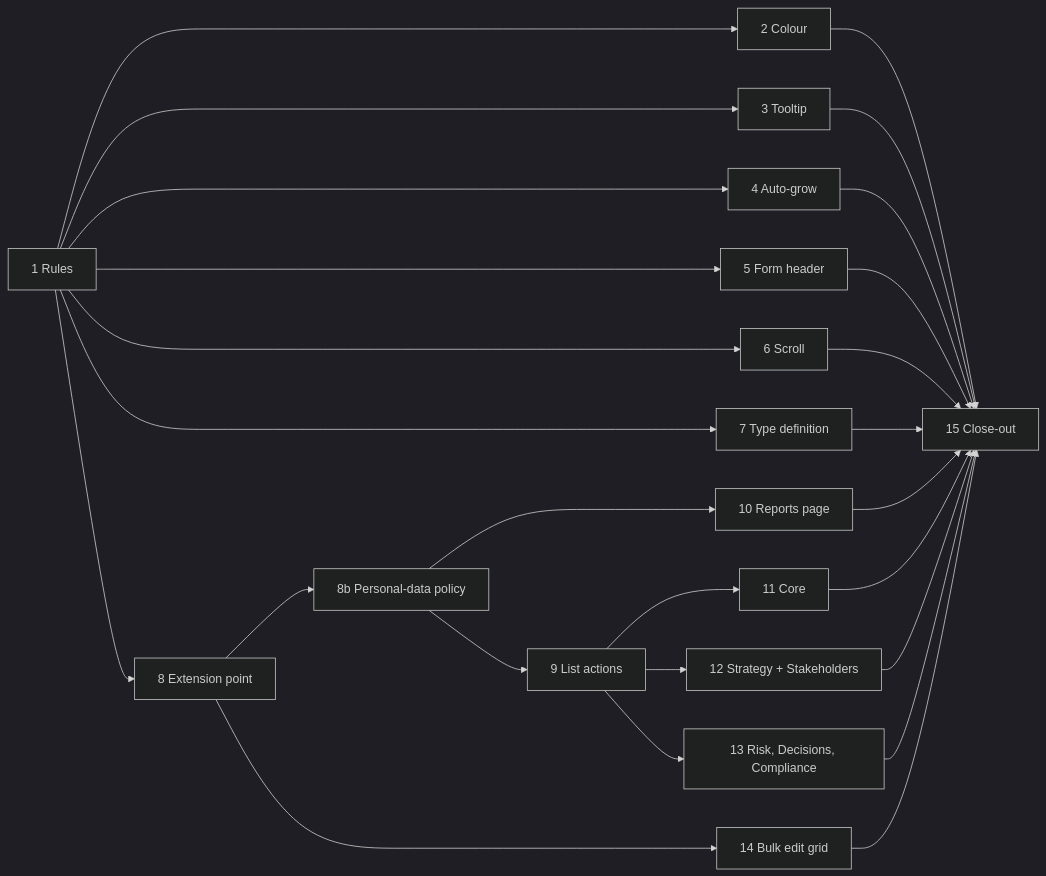
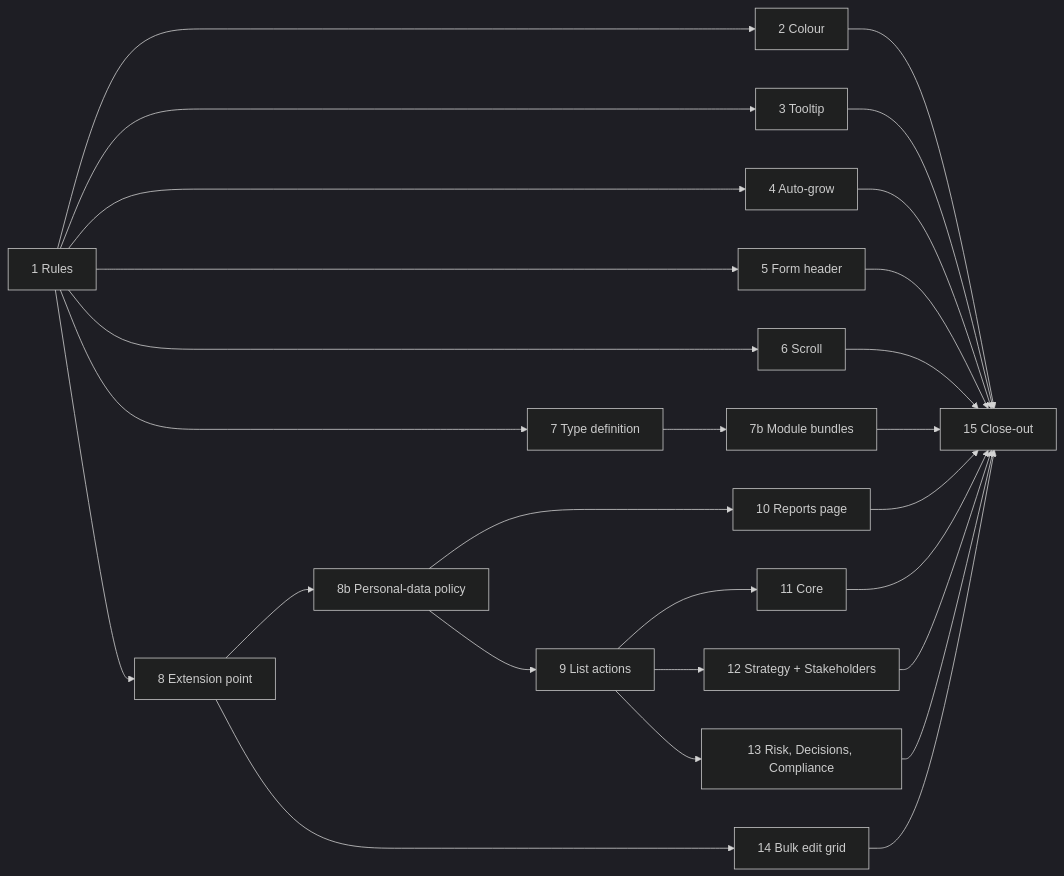
One commit to ballardr/reqtrackmanager changed the first of 2 diagrams in docs/plans/list-data-and-form-ux-2026-10-plan.md. Above: the diagram before and after it, drawn with Mermaid (dark theme). The commit also changed other lines of this file and 27 other files, not shown here.

````diff
--- a/docs/plans/list-data-and-form-ux-2026-10-plan.md
+++ b/docs/plans/list-data-and-form-ux-2026-10-plan.md
@@ -30,28 +31,29 @@
 ```mermaid
 flowchart LR
     P1["1 Rules"] --> P2["2 Colour"]
     P1 --> P3["3 Tooltip"]
     P1 --> P4["4 Auto-grow"]
     P1 --> P5["5 Form header"]
     P1 --> P6["6 Scroll"]
     P1 --> P7["7 Type definition"]
+    P7 --> P7b["7b Module bundles"]
     P1 --> P8["8 Extension point"]
     P8 --> P8b["8b Personal-data policy"]
     P8b --> P9["9 List actions"]
     P8b --> P10["10 Reports page"]
     P9 --> P11["11 Core"]
     P9 --> P12["12 Strategy + Stakeholders"]
     P9 --> P13["13 Risk, Decisions, Compliance"]
     P8 --> P14["14 Bulk edit grid"]
     P2 --> P15["15 Close-out"]
     P3 --> P15
     P4 --> P15
     P5 --> P15
     P6 --> P15
-    P7 --> P15
+    P7b --> P15
     P10 --> P15
     P11 --> P15
     P12 --> P15
     P13 --> P15
     P14 --> P15
 ```
````
